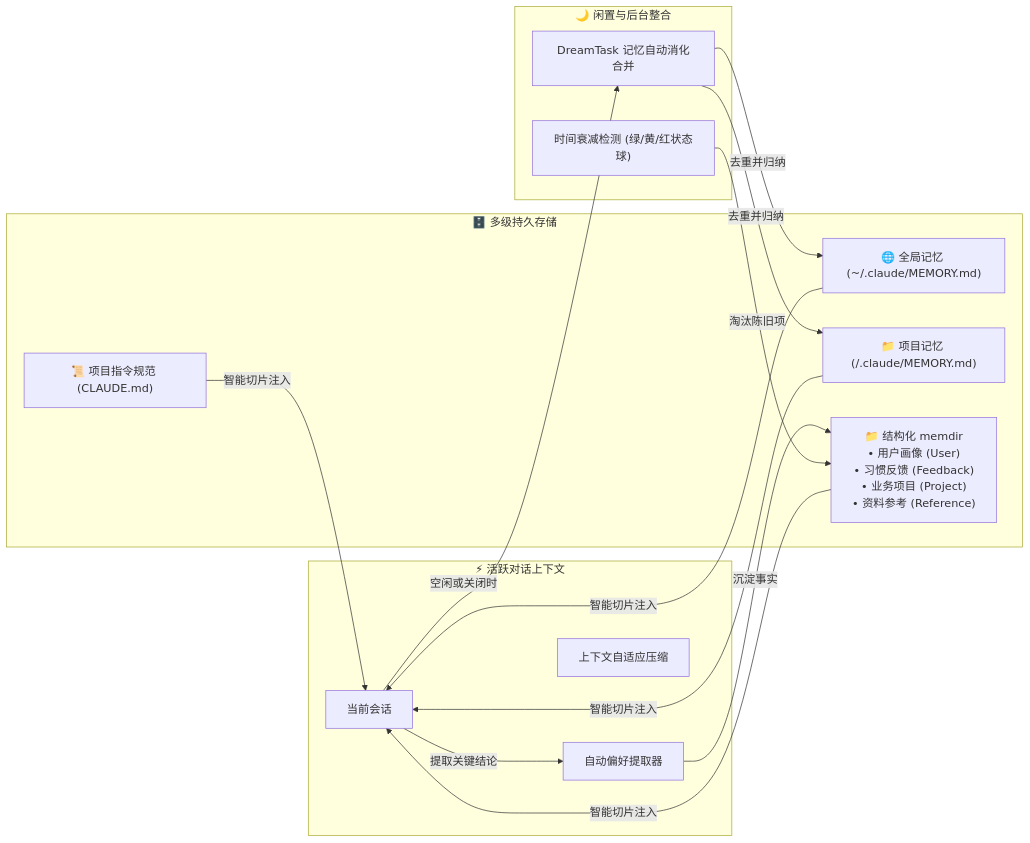
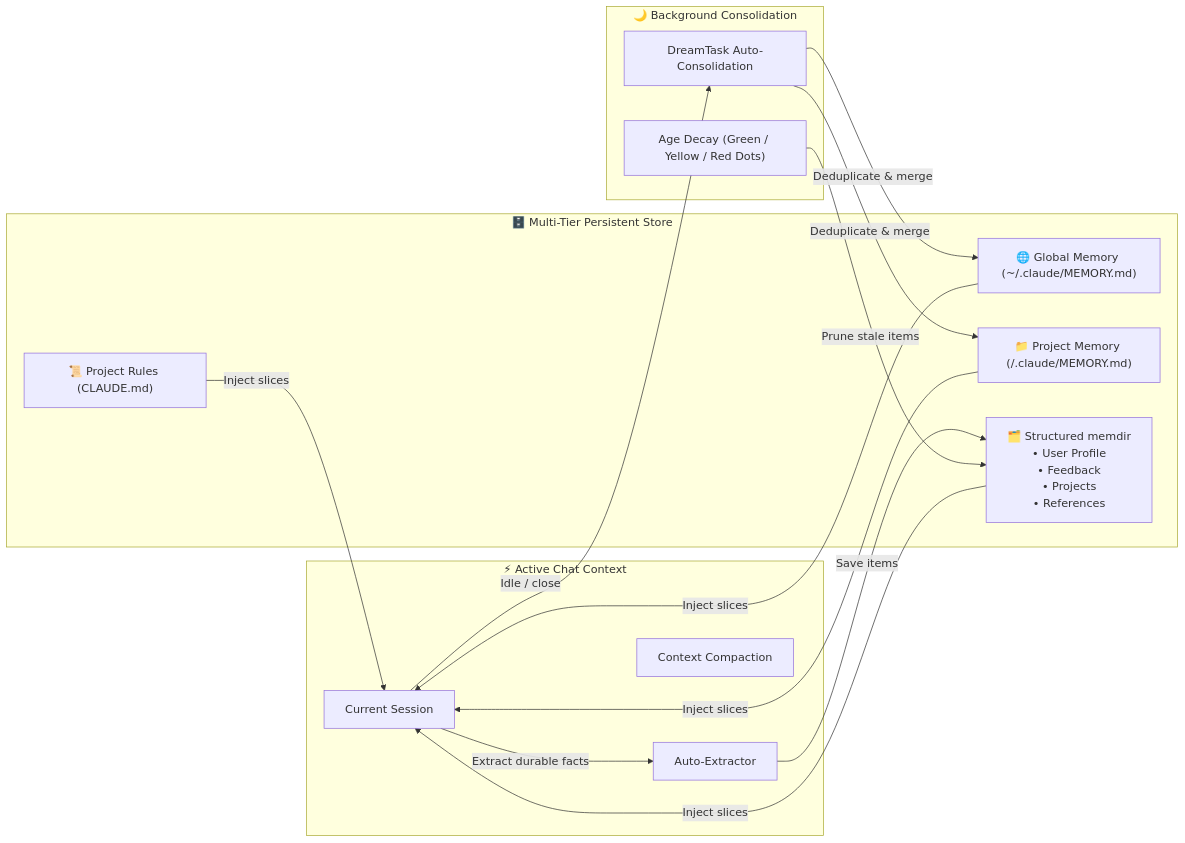
The fourth of 4 diagrams in README.md (CipherSlinger/AIPA), drawn with Mermaid before and after one commit. The commit also changed other lines of this file and 1 other file, not shown here.

````diff
--- a/README.md
+++ b/README.md
@@ -480,27 +474,27 @@
 ```mermaid
 graph LR
-    subgraph ActiveChat["⚡ 活跃对话上下文"]
-        CurrentSession["当前会话"]
-        AutoExtract["自动偏好提取器"]
-        CompactEngine["上下文自适应压缩"]
+    subgraph ActiveChat["⚡ Active Chat Context"]
+        CurrentSession["Current Session"]
+        AutoExtract["Auto-Extractor"]
+        CompactEngine["Context Compaction"]
     end
 
-    subgraph MemoryArchitecture["🗄️ 多级持久存储"]
-        GlobalDoc["🌐 全局记忆 (~/.claude/MEMORY.md)"]
-        ProjectDoc["📁 项目记忆 (<repo>/.claude/MEMORY.md)"]
-        StructuredMem["📁 结构化 memdir<br/>• 用户画像 (User)<br/>• 习惯反馈 (Feedback)<br/>• 业务项目 (Project)<br/>• 资料参考 (Reference)"]
-        RuleFiles["📜 项目指令规范 (CLAUDE.md)"]
+    subgraph MemoryArchitecture["🗄️ Multi-Tier Persistent Store"]
+        GlobalDoc["🌐 Global Memory (~/.claude/MEMORY.md)"]
+        ProjectDoc["📁 Project Memory (<repo>/.claude/MEMORY.md)"]
+        StructuredMem["🗂️ Structured memdir<br/>• User Profile<br/>• Feedback<br/>• Projects<br/>• References"]
+        RuleFiles["📜 Project Rules (CLAUDE.md)"]
     end
 
-    subgraph BackgroundConsolidate["🌙 闲置与后台整合"]
-        DreamConsolidate["DreamTask 记忆自动消化合并"]
-        TimeDecay["时间衰减检测 (绿/黄/红状态球)"]
+    subgraph BackgroundConsolidate["🌙 Background Consolidation"]
+        DreamConsolidate["DreamTask Auto-Consolidation"]
+        TimeDecay["Age Decay (Green / Yellow / Red Dots)"]
     end
 
-    CurrentSession -->|提取关键结论| AutoExtract
-    AutoExtract -->|沉淀事实| StructuredMem
-    CurrentSession -->|空闲或关闭时| DreamConsolidate
-    DreamConsolidate -->|去重并归纳| GlobalDoc & ProjectDoc
-    TimeDecay -->|淘汰陈旧项| StructuredMem
-    GlobalDoc & ProjectDoc & StructuredMem & RuleFiles -->|智能切片注入| CurrentSession
+    CurrentSession -->|Extract durable facts| AutoExtract
+    AutoExtract -->|Save items| StructuredMem
+    CurrentSession -->|Idle / close| DreamConsolidate
+    DreamConsolidate -->|Deduplicate & merge| GlobalDoc & ProjectDoc
+    TimeDecay -->|Prune stale items| StructuredMem
+    GlobalDoc & ProjectDoc & StructuredMem & RuleFiles -->|Inject slices| CurrentSession
 ```
````
